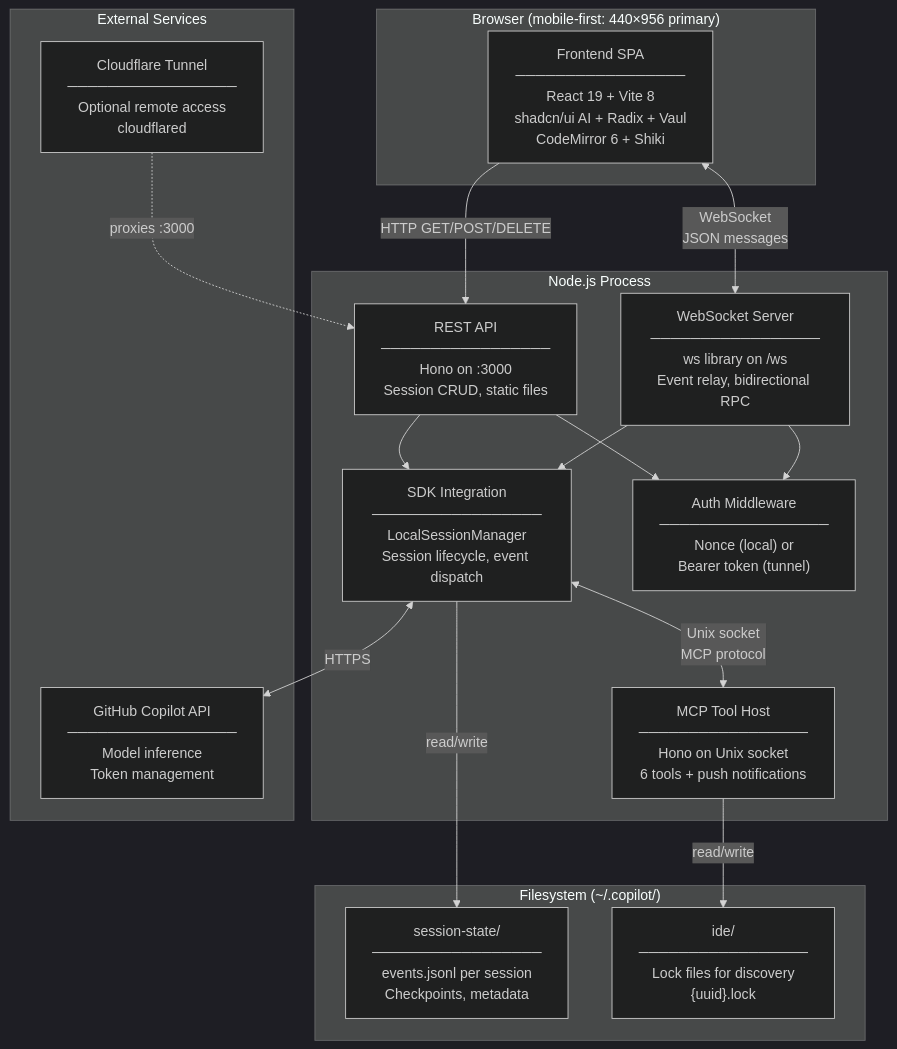
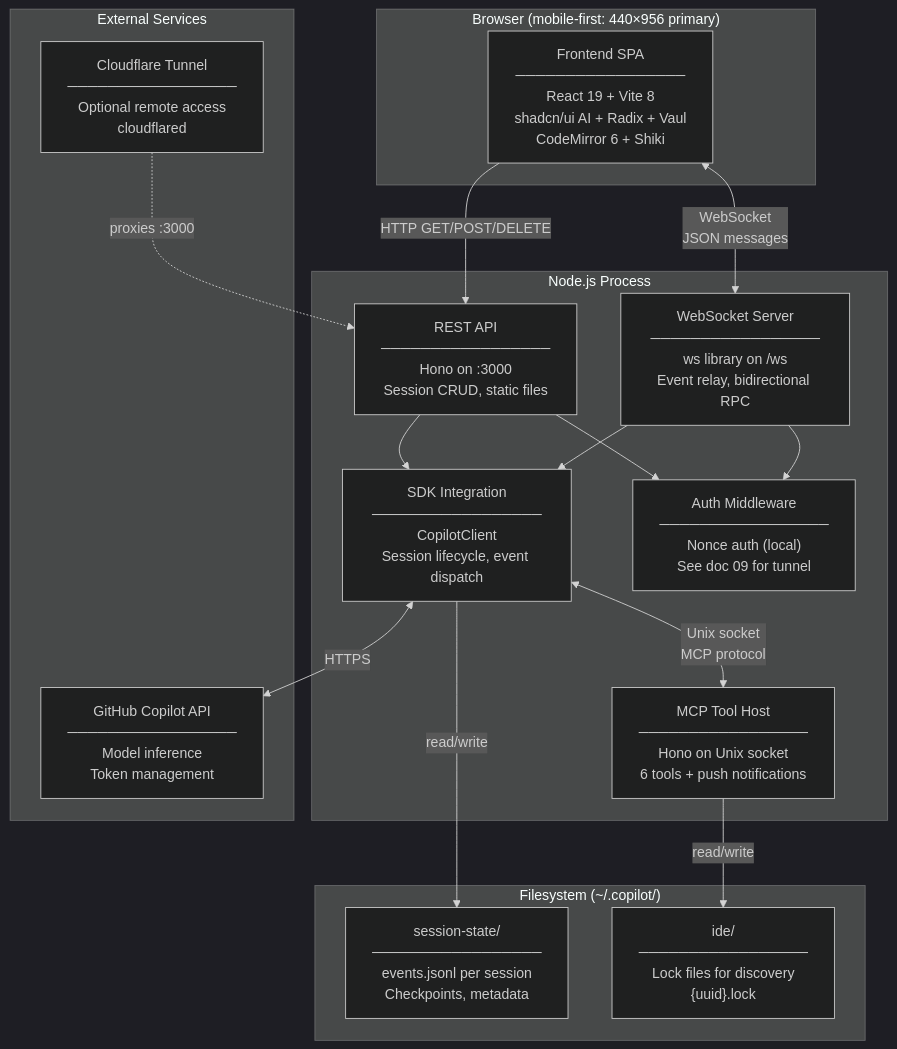
One commit to ming86/vscode changed the first of 5 diagrams in .local/docs/copilot-cli-session/06-webapp-extraction-guide.md. Above: the diagram before and after it, drawn with Mermaid (dark theme). The commit also changed other lines of this file and 6 other files, not shown here.

````diff
--- a/.local/docs/copilot-cli-session/06-webapp-extraction-guide.md
+++ b/.local/docs/copilot-cli-session/06-webapp-extraction-guide.md
@@ -69,36 +69,36 @@
 ```mermaid
 graph TB
     subgraph Browser["Browser (mobile-first: 440×956 primary)"]
         FE["Frontend SPA<br/>─────────────────<br/>React 19 + Vite 8<br/>shadcn/ui AI + Radix + Vaul<br/>CodeMirror 6 + Shiki"]
     end
 
     subgraph NodeProcess["Node.js Process"]
         WS["WebSocket Server<br/>─────────────────<br/>ws library on /ws<br/>Event relay, bidirectional RPC"]
         REST["REST API<br/>─────────────────<br/>Hono on :3000<br/>Session CRUD, static files"]
-        SDK["SDK Integration<br/>─────────────────<br/>LocalSessionManager<br/>Session lifecycle, event dispatch"]
+        SDK["SDK Integration<br/>─────────────────<br/>CopilotClient<br/>Session lifecycle, event dispatch"]
         MCP["MCP Tool Host<br/>─────────────────<br/>Hono on Unix socket<br/>6 tools + push notifications"]
-        AUTH["Auth Middleware<br/>─────────────────<br/>Nonce (local) or<br/>Bearer token (tunnel)"]
+        AUTH["Auth Middleware<br/>─────────────────<br/>Nonce auth (local)<br/>See doc 09 for tunnel"]
     end
 
     subgraph Filesystem["Filesystem (~/.copilot/)"]
         SS["session-state/<br/>─────────────────<br/>events.jsonl per session<br/>Checkpoints, metadata"]
         LF["ide/<br/>─────────────────<br/>Lock files for discovery<br/>{uuid}.lock"]
     end
 
     subgraph External["External Services"]
         GH["GitHub Copilot API<br/>─────────────────<br/>Model inference<br/>Token management"]
         CF["Cloudflare Tunnel<br/>─────────────────<br/>Optional remote access<br/>cloudflared"]
     end
 
     FE <-->|"WebSocket<br/>JSON messages"| WS
     FE -->|"HTTP GET/POST/DELETE"| REST
     REST --> AUTH
     WS --> AUTH
     REST --> SDK
     WS --> SDK
     SDK <-->|"Unix socket<br/>MCP protocol"| MCP
     SDK <-->|"HTTPS"| GH
     SDK -->|"read/write"| SS
     MCP -->|"read/write"| LF
     CF -.->|"proxies :3000"| REST
 ```
````
